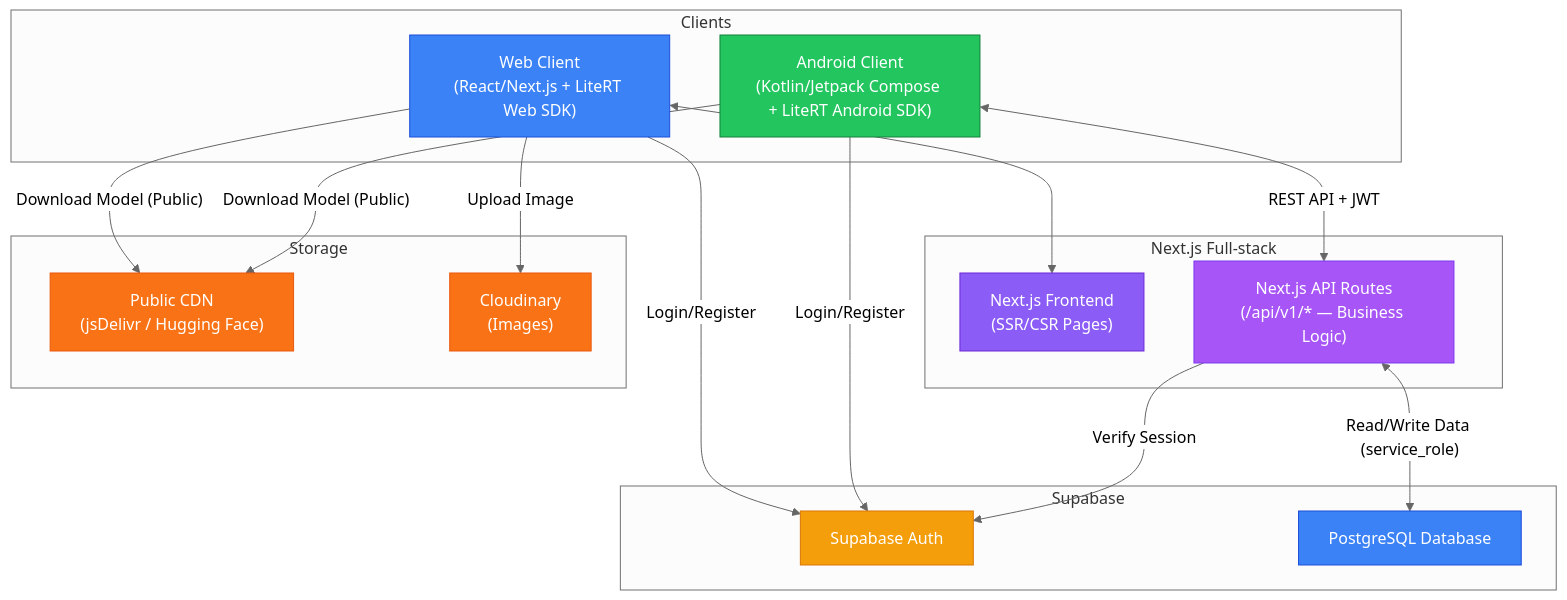
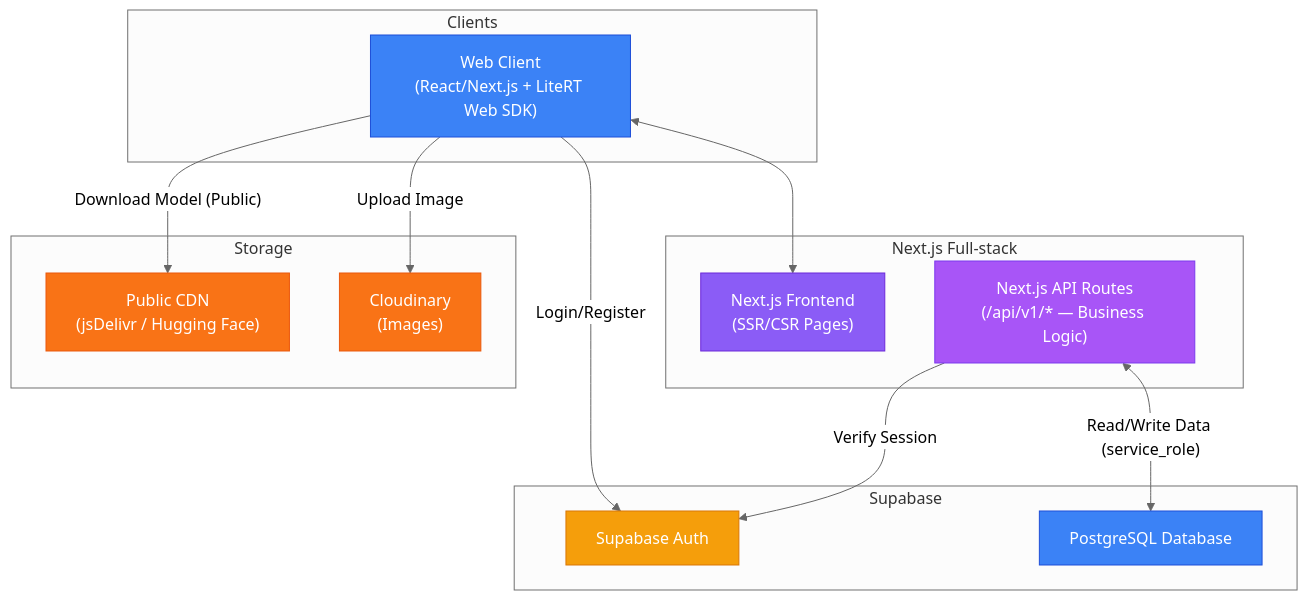
The first of 5 diagrams in docs/design/architecture.md (iAmHieu2012/Sequoia), drawn with Mermaid (neutral theme) before and after one commit. The commit also changed other lines of this file and 45 other files, not shown here.

````diff
--- a/docs/design/architecture.md
+++ b/docs/design/architecture.md
@@ -10,44 +10,39 @@
 ```mermaid
 graph TB
     subgraph Clients
         WEB["Web Client<br/>(React/Next.js + LiteRT Web SDK)"]
-        ANDROID["Android Client<br/>(Kotlin/Jetpack Compose + LiteRT Android SDK)"]
     end
 
     subgraph "Next.js Full-stack"
         FRONTEND["Next.js Frontend<br/>(SSR/CSR Pages)"]
         API["Next.js API Routes<br/>(/api/v1/* — Business Logic)"]
     end
 
     subgraph Supabase
         AUTH["Supabase Auth"]
         POSTGRES["PostgreSQL Database"]
     end
 
     subgraph Storage
         CDN["Public CDN<br/>(jsDelivr / Hugging Face)"]
         CLOUDINARY["Cloudinary<br/>(Images)"]
     end
 
     WEB <--> FRONTEND
-    ANDROID <-->|"REST API + JWT"| API
 
     WEB -->|"Login/Register"| AUTH
-    ANDROID -->|"Login/Register"| AUTH
 
     API -->|"Verify Session"| AUTH
     API <-->|"Read/Write Data (service_role)"| POSTGRES
 
     WEB -->|"Download Model (Public)"| CDN
-    ANDROID -->|"Download Model (Public)"| CDN
     WEB -->|"Upload Image"| CLOUDINARY
 
     style WEB fill:#3b82f6,stroke:#1d4ed8,color:#fff
-    style ANDROID fill:#22c55e,stroke:#15803d,color:#fff
     style FRONTEND fill:#8b5cf6,stroke:#6d28d9,color:#fff
     style API fill:#a855f7,stroke:#7c3aed,color:#fff
     style AUTH fill:#f59e0b,stroke:#d97706,color:#fff
     style POSTGRES fill:#3b82f6,stroke:#1d4ed8,color:#fff
     style CDN fill:#f97316,stroke:#ea580c,color:#fff
     style CLOUDINARY fill:#f97316,stroke:#ea580c,color:#fff
 ```
````
